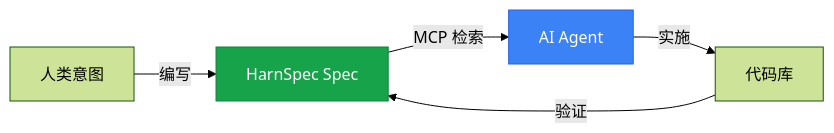
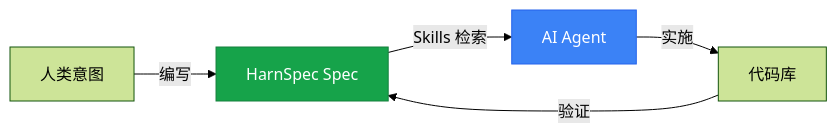
One commit to harnspec/harnspec changed the diagram in docs-site/docs/advanced/ai-agent-memory.mdx. Above: the diagram before and after it, drawn with Mermaid (forest theme). The commit also changed other lines of this file and 48 other files, not shown here.

````diff
--- a/docs-site/docs/advanced/ai-agent-memory.mdx
+++ b/docs-site/docs/advanced/ai-agent-memory.mdx
@@ -110,10 +110,10 @@
 ```mermaid
 flowchart LR
     Human[人类意图] -->|编写| Spec[HarnSpec Spec]
-    Spec -->|MCP 检索| AI[AI Agent]
+    Spec -->|Skills 检索| AI[AI Agent]
     AI -->|实施| Code[代码库]
     Code -->|验证| Spec
     
     style Spec fill:#16a34a,stroke:#15803d,color:#fff
     style AI fill:#3b82f6,stroke:#2563eb,color:#fff
 ```
````
